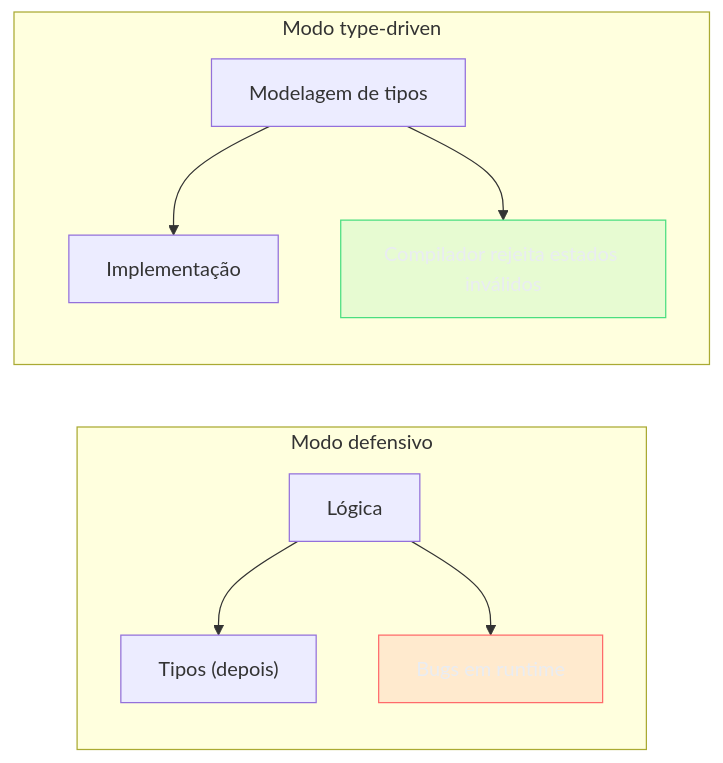
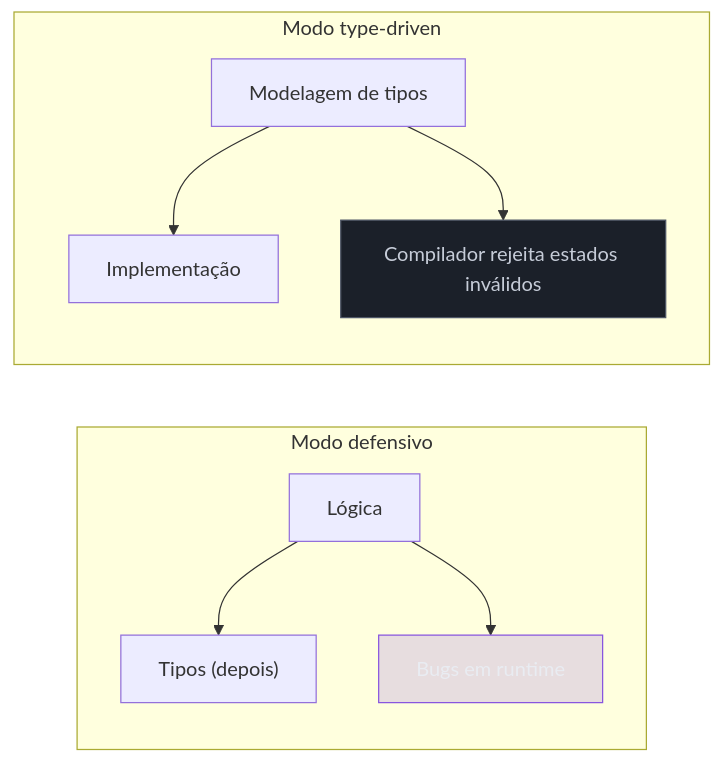
The first of 5 diagrams in 03-Dominios/Tecnologia/TypeScript/24 - Type-driven design - branded types, Result e estados impossíveis.md (josenaldo/codex-technomanticus), drawn with Mermaid before and after one commit. The commit also changed other lines of this file and 601 other files, not shown here.

````diff
--- a/03-Dominios/Tecnologia/TypeScript/24 - Type-driven design - branded types, Result e estados impossíveis.md
+++ b/03-Dominios/Tecnologia/TypeScript/24 - Type-driven design - branded types, Result e estados impossíveis.md
@@ -38,23 +38,23 @@
 ```mermaid
 graph LR
-    classDef ok fill:#4ADE8021,stroke:#4ADE80,color:#E9ECF2
-    classDef falha fill:#FF6B6B24,stroke:#FF6B6B,color:#E9ECF2
+    classDef marca fill:#8855DF33,stroke:#8855DF,color:#E9ECF2
+    classDef neutro fill:#1B2029,stroke:#4E5666,color:#C6CCD8
     subgraph Modo_Defensivo["Modo defensivo"]
         L["Lógica"]
         T["Tipos (depois)"]
         B["Bugs em runtime"]
         L --> T
         L --> B
     end
 
     subgraph Modo_Design["Modo type-driven"]
         M["Modelagem de tipos"]
         I["Implementação"]
         C["Compilador rejeita estados inválidos"]
         M --> I
         M --> C
     end
 
-    class C ok
-    class B falha
+    class C neutro
+    class B marca
 ```
````
